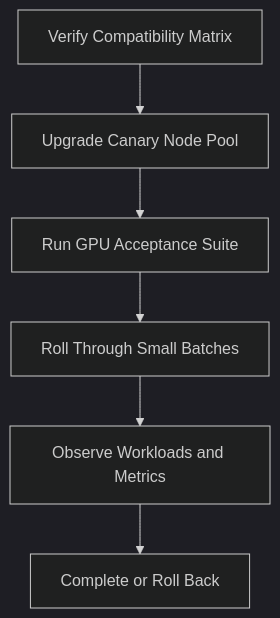
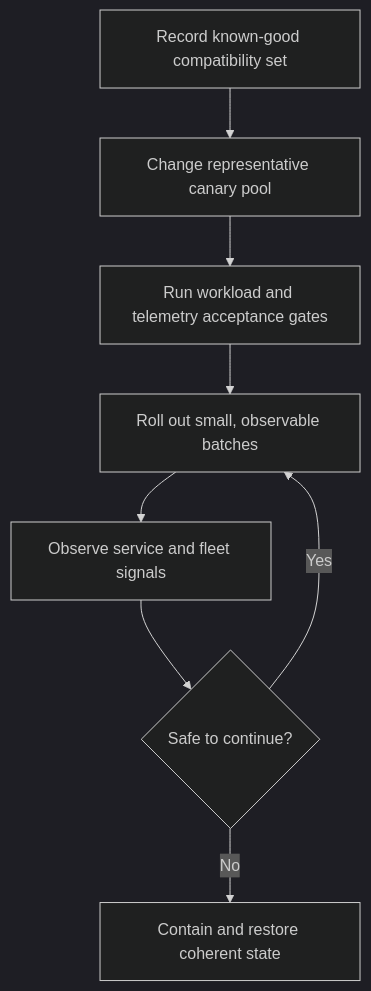
Before and after one commit to jithinpnjm/nvidia-devops: the diagram in docs/nvidia-zero-to-hero/volume-10/chapter-11-upgrades-and-production-troubleshooting.md, drawn with Mermaid (dark theme). The commit also changed other lines of this file and 3 other files, not shown here.

````diff
--- a/docs/nvidia-zero-to-hero/volume-10/chapter-11-upgrades-and-production-troubleshooting.md
+++ b/docs/nvidia-zero-to-hero/volume-10/chapter-11-upgrades-and-production-troubleshooting.md
@@ -18,10 +20,10 @@
 ```mermaid
 flowchart TD
-    Matrix[Verify Compatibility Matrix]
-    Canary[Upgrade Canary Node Pool]
-    Validate[Run GPU Acceptance Suite]
-    Expand[Roll Through Small Batches]
-    Observe[Observe Workloads and Metrics]
-    Complete[Complete or Roll Back]
-    Matrix --> Canary --> Validate --> Expand --> Observe --> Complete
+    Inventory[Record known-good compatibility set] --> Canary[Change representative canary pool]
+    Canary --> Gate[Run workload and telemetry acceptance gates]
+    Gate --> Rollout[Roll out small, observable batches]
+    Rollout --> Observe[Observe service and fleet signals]
+    Observe --> Decision{Safe to continue?}
+    Decision -->|Yes| Rollout
+    Decision -->|No| Recover[Contain and restore coherent state]
 ```
````
